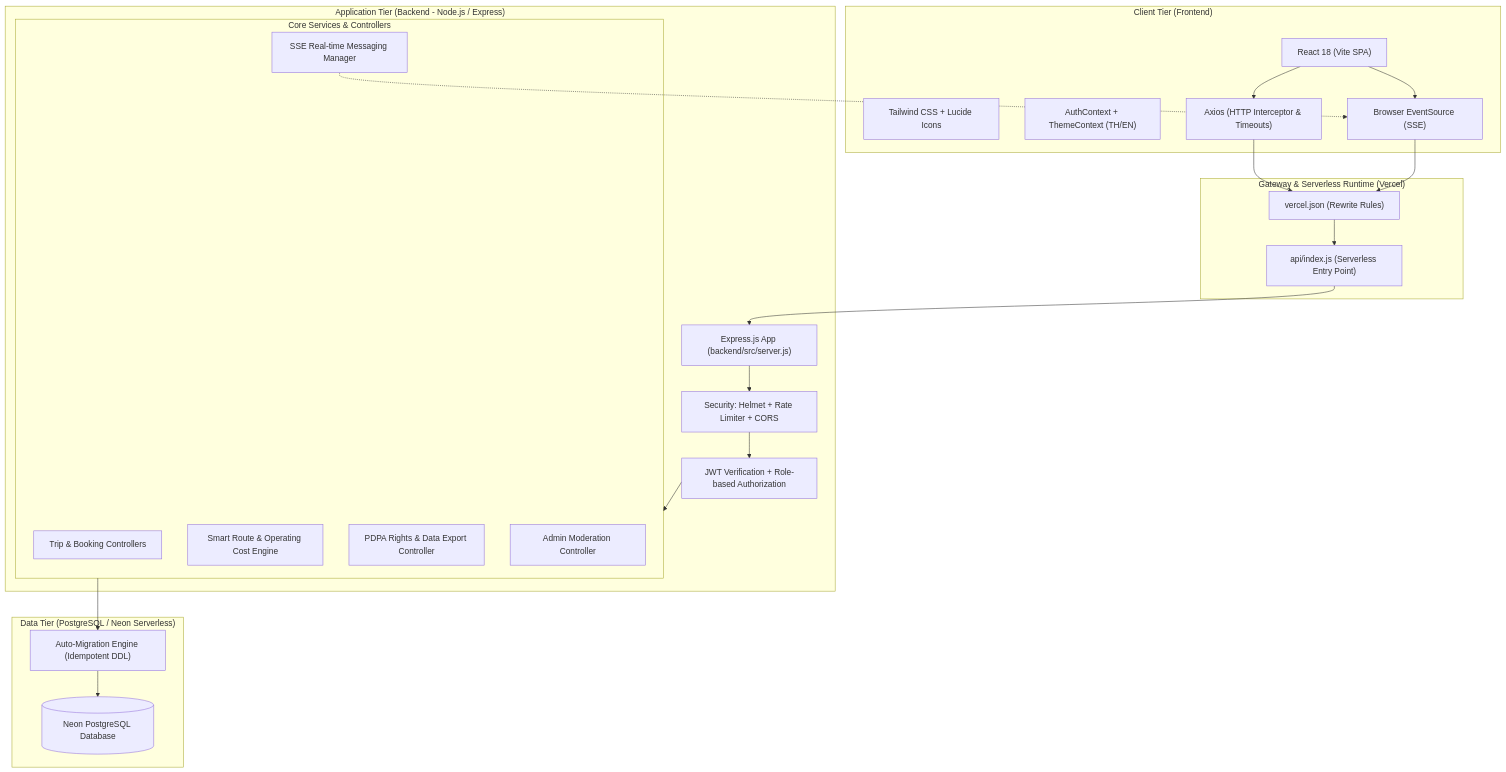
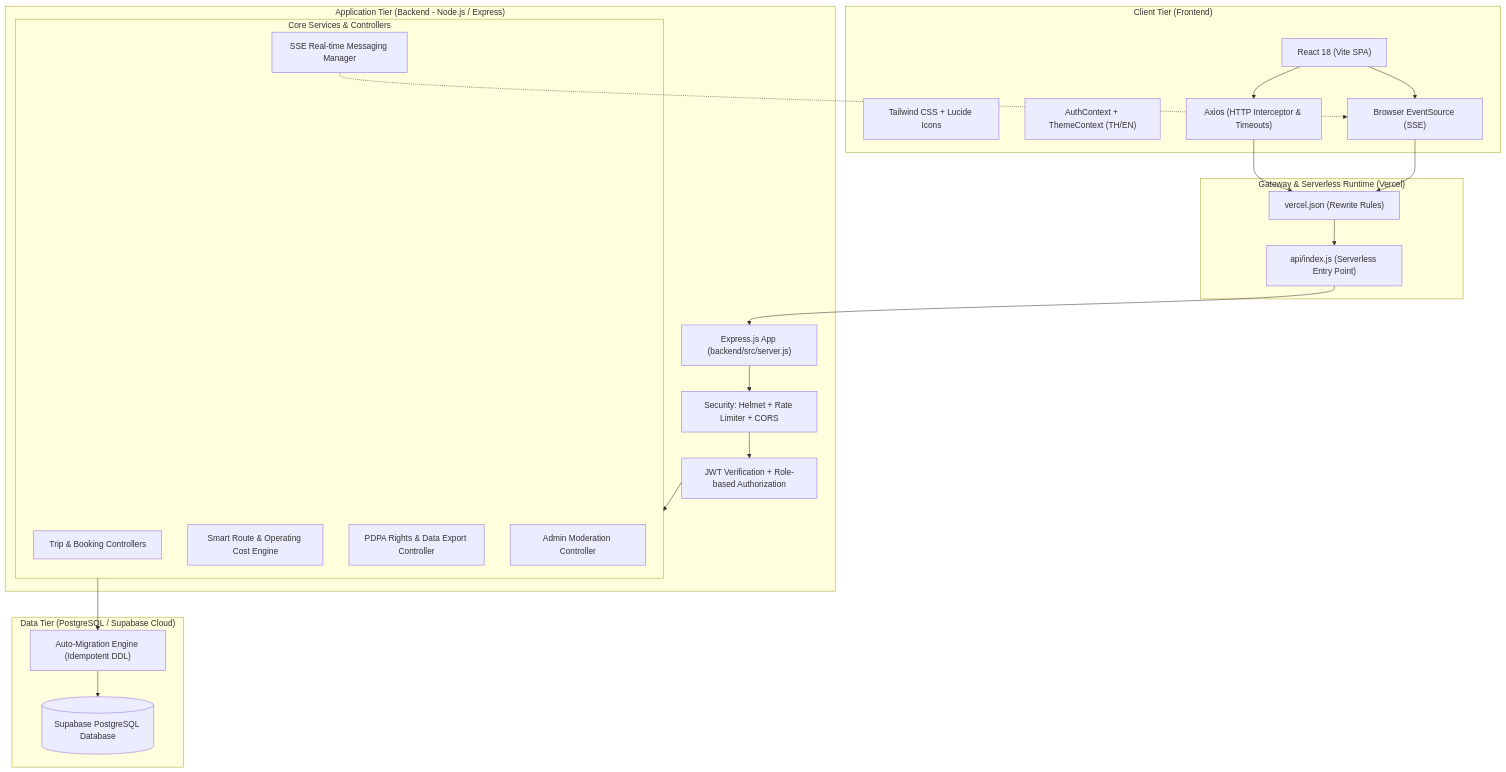
The first of 3 diagrams in PROJECT_DEFENSE_GUIDE.md (Lunasias/iko-share), drawn with Mermaid before and after one commit. The commit also changed other lines of this file and 9 other files, not shown here.

Commit message:
docs: sync database references and documentation to Supabase PostgreSQL

````diff
--- a/PROJECT_DEFENSE_GUIDE.md
+++ b/PROJECT_DEFENSE_GUIDE.md
@@ -42,44 +42,44 @@
 ```mermaid
 flowchart TD
     subgraph ClientTier ["Client Tier (Frontend)"]
         UI["React 18 (Vite SPA)"]
         Tailwind["Tailwind CSS + Lucide Icons"]
         Context["AuthContext + ThemeContext (TH/EN)"]
         Axios["Axios (HTTP Interceptor & Timeouts)"]
         EventSourceClient["Browser EventSource (SSE)"]
     end
 
     subgraph GatewayTier ["Gateway & Serverless Runtime (Vercel)"]
         VercelConfig["vercel.json (Rewrite Rules)"]
         ApiHandler["api/index.js (Serverless Entry Point)"]
     end
 
     subgraph AppTier ["Application Tier (Backend - Node.js / Express)"]
         ExpressApp["Express.js App (backend/src/server.js)"]
         Security["Security: Helmet + Rate Limiter + CORS"]
         AuthMiddleware["JWT Verification + Role-based Authorization"]
         
         subgraph Services ["Core Services & Controllers"]
             TripCtrl["Trip & Booking Controllers"]
             RouteSvc["Smart Route & Operating Cost Engine"]
             ChatSSE["SSE Real-time Messaging Manager"]
             PDPACtrl["PDPA Rights & Data Export Controller"]
             AdminCtrl["Admin Moderation Controller"]
         end
     end
 
-    subgraph DataTier ["Data Tier (PostgreSQL / Neon Serverless)"]
+    subgraph DataTier ["Data Tier (PostgreSQL / Supabase Cloud)"]
         AutoMigrate["Auto-Migration Engine (Idempotent DDL)"]
-        PostgresDB[("Neon PostgreSQL Database")]
+        PostgresDB[("Supabase PostgreSQL Database")]
     end
 
     UI --> Axios
     UI --> EventSourceClient
     Axios --> VercelConfig
     EventSourceClient --> VercelConfig
     VercelConfig --> ApiHandler
     ApiHandler --> ExpressApp
     ExpressApp --> Security --> AuthMiddleware --> Services
     Services --> AutoMigrate --> PostgresDB
     ChatSSE -.-> EventSourceClient
 ```
````
